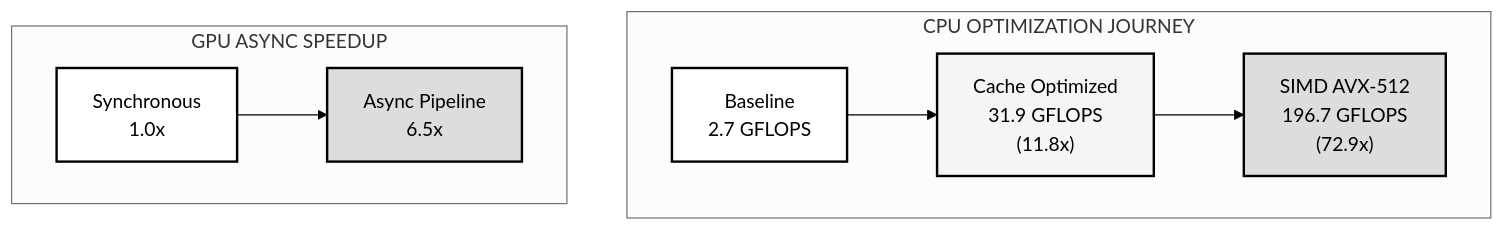
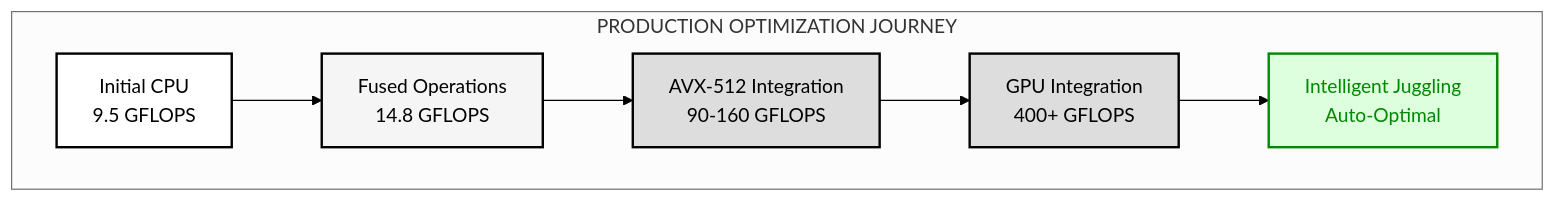
The second of 3 diagrams in README.md (LynnColeArt/sparkle), drawn with Mermaid before and after one commit. The commit also changed other lines of this file, not shown here.

First line of the commit message:
docs: Update README benchmarks to reflect production performance

````diff
--- a/README.md
+++ b/README.md
@@ -27,21 +27,20 @@
 ```mermaid
 %%{init: {'theme':'neutral', 'themeVariables': {'primaryColor':'#fff','primaryTextColor':'#000','primaryBorderColor':'#000','lineColor':'#000','secondaryColor':'#f5f5f5','tertiaryColor':'#ddd'}}}%%
 graph TD
-    subgraph CPU["CPU OPTIMIZATION JOURNEY"]
-        B["Baseline<br/>2.7 GFLOPS"]:::white
-        C["Cache Optimized<br/>31.9 GFLOPS<br/>(11.8x)"]:::light
-        S["SIMD AVX-512<br/>196.7 GFLOPS<br/>(72.9x)"]:::dark
-        B --> C
-        C --> S
-    end
-    
-    subgraph GPU["GPU ASYNC SPEEDUP"]
-        G1["Synchronous<br/>1.0x"]:::white
-        G2["Async Pipeline<br/>6.5x"]:::dark
-        G1 --> G2
+    subgraph Evolution["PRODUCTION OPTIMIZATION JOURNEY"]
+        B["Initial CPU<br/>9.5 GFLOPS"]:::white
+        F["Fused Operations<br/>14.8 GFLOPS"]:::light
+        A["AVX-512 Integration<br/>90-160 GFLOPS"]:::dark
+        G["GPU Integration<br/>400+ GFLOPS"]:::dark
+        J["Intelligent Juggling<br/>Auto-Optimal"]:::green
+        B --> F
+        F --> A
+        A --> G
+        G --> J
     end
     
     classDef white fill:#fff,stroke:#000,stroke-width:2px,color:#000
     classDef light fill:#f5f5f5,stroke:#000,stroke-width:2px,color:#000
     classDef dark fill:#ddd,stroke:#000,stroke-width:2px,color:#000
+    classDef green fill:#dfd,stroke:#080,stroke-width:2px,color:#080
 ```
````
